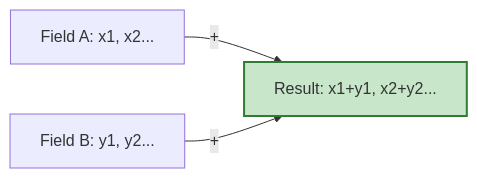
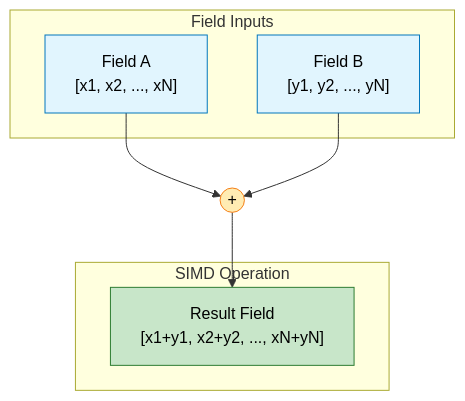
Before and after one commit to wramet/build-my-cfd: the diagram in MODULE_05_OPENFOAM_PROGRAMMING/CONTENT/09_FIELD_ALGEBRA/02_Arithmetic_Operations.md, drawn with Mermaid. The commit also changed 313 other files, not shown here.

Commit message:
Revise all diagram

````diff
--- a/MODULE_05_OPENFOAM_PROGRAMMING/CONTENT/09_FIELD_ALGEBRA/02_Arithmetic_Operations.md
+++ b/MODULE_05_OPENFOAM_PROGRAMMING/CONTENT/09_FIELD_ALGEBRA/02_Arithmetic_Operations.md
@@ -22,7 +22,17 @@
 ```mermaid
-flowchart LR
-    F1[Field A: x1, x2...] -->|"+"| R[Result: x1+y1, x2+y2...]
-    F2[Field B: y1, y2...] -->|"+"| R
-
-    style R fill:#c8e6c9,stroke:#2e7d32,stroke-width:2px
+flowchart TB
+classDef field fill:#e1f5fe,stroke:#0277bd,color:#000
+classDef op fill:#ffecb3,stroke:#f57f17,color:#000
+classDef result fill:#c8e6c9,stroke:#2e7d32,color:#000
+subgraph Inputs ["Field Inputs"]
+    A["Field A<br/>[x1, x2, ..., xN]"]:::field
+    B["Field B<br/>[y1, y2, ..., yN]"]:::field
+end
+Op((+)):::op
+subgraph Output ["SIMD Operation"]
+    R["Result Field<br/>[x1+y1, x2+y2, ..., xN+yN]"]:::result
+end
+A --> Op
+B --> Op
+Op --> R
 ```
````
